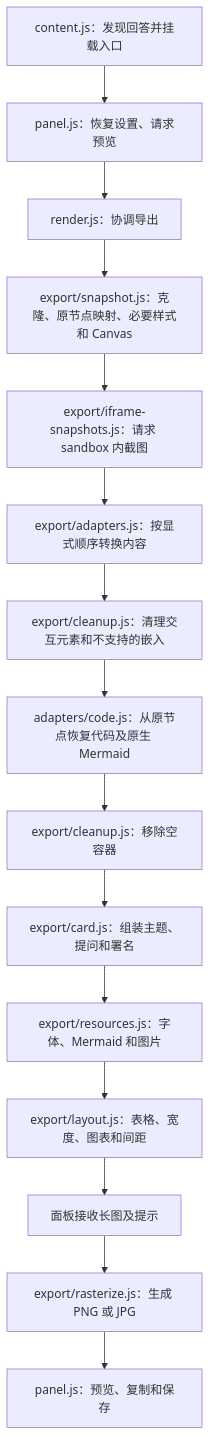
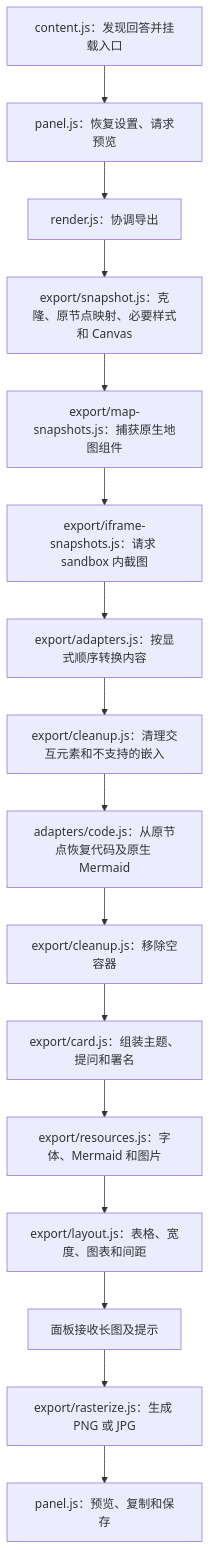
Before and after one commit to KangweiLIAO/answer-imagifier: the diagram in ARCHITECTURE.md, drawn with Mermaid. The commit also changed other lines of this file and 20 other files, not shown here.

Commit message:
Release v1.3.1 with native map export fixes

````diff
--- a/ARCHITECTURE.md
+++ b/ARCHITECTURE.md
@@ -7,17 +7,18 @@
 ```mermaid
 flowchart TD
     A[content.js：发现回答并挂载入口] --> B[panel.js：恢复设置、请求预览]
     B --> C[render.js：协调导出]
     C --> D[export/snapshot.js：克隆、原节点映射、必要样式和 Canvas]
-    D --> DS[export/iframe-snapshots.js：请求 sandbox 内截图]
+    D --> DM[export/map-snapshots.js：捕获原生地图组件]
+    DM --> DS[export/iframe-snapshots.js：请求 sandbox 内截图]
     DS --> E[export/adapters.js：按显式顺序转换内容]
     E --> F[export/cleanup.js：清理交互元素和不支持的嵌入]
     F --> G[adapters/code.js：从原节点恢复代码及原生 Mermaid]
     G --> H[export/cleanup.js：移除空容器]
     H --> I[export/card.js：组装主题、提问和署名]
     I --> J[export/resources.js：字体、Mermaid 和图片]
     J --> K[export/layout.js：表格、宽度、图表和间距]
     K --> L[面板接收长图及提示]
     L --> M[export/rasterize.js：生成 PNG 或 JPG]
     M --> N[panel.js：预览、复制和保存]
 ```
````
